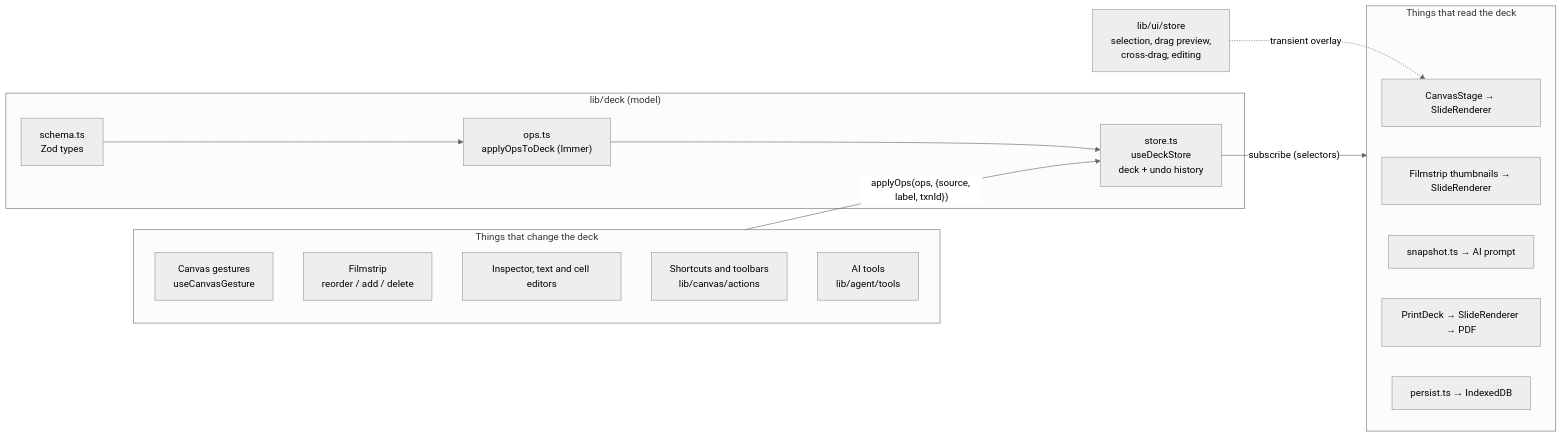
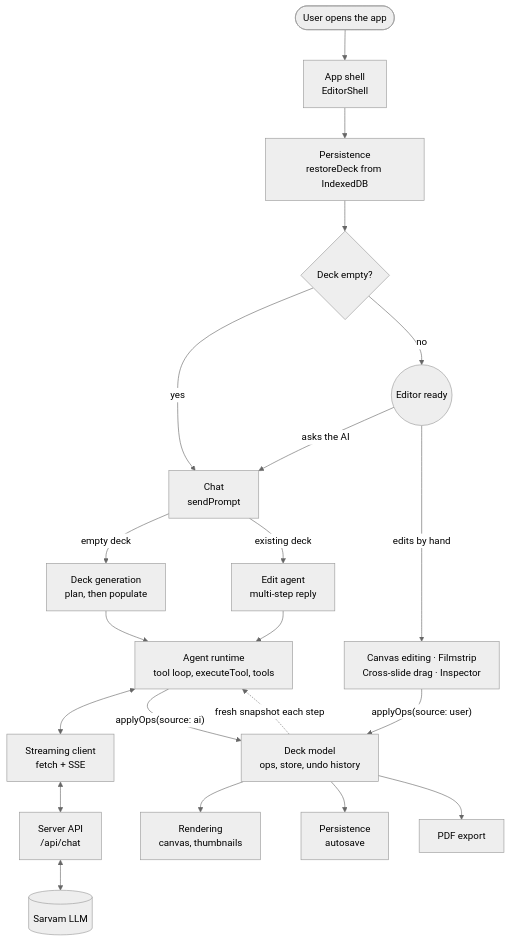
The first of 3 diagrams in docs/ARCHITECTURE.md (harishv98/ai-presentation-builder), drawn with Mermaid (neutral theme) before and after one commit. The commit also changed other lines of this file and 66 other files, not shown here.

Commit message:
feat: refactor simplified streaming flows

````diff
--- a/docs/ARCHITECTURE.md
+++ b/docs/ARCHITECTURE.md
@@ -136,28 +16,28 @@
 ```mermaid
-flowchart LR
-  subgraph Model["lib/deck (model)"]
-    Schema["schema.ts<br/>Zod types"] --> Ops["ops.ts<br/>applyOpsToDeck (Immer)"]
-    Ops --> Store["store.ts<br/>useDeckStore<br/>deck + undo history"]
-  end
+flowchart TD
+  Open([User opens the app]) --> Shell["App shell<br/>EditorShell"]
+  Shell --> Persist["Persistence<br/>restoreDeck from IndexedDB"]
+  Persist --> Empty{Deck empty?}
 
-  subgraph Writers["Things that change the deck"]
-    Canvas["Canvas gestures<br/>useCanvasGesture"]
-    Film["Filmstrip<br/>reorder / add / delete"]
-    Insp["Inspector, text and cell editors"]
-    Keys["Shortcuts and toolbars<br/>lib/canvas/actions"]
-    Agent["AI tools<br/>lib/agent/tools"]
-  end
+  Empty -- yes --> Chat["Chat<br/>sendPrompt"]
+  Empty -- no --> Editor((Editor ready))
+  Editor -- "asks the AI" --> Chat
+  Editor -- "edits by hand" --> Manual["Canvas editing · Filmstrip<br/>Cross-slide drag · Inspector"]
 
-  Writers -- "applyOps(ops, {source, label, txnId})" --> Store
+  Chat -- "empty deck" --> Gen["Deck generation<br/>plan, then populate"]
+  Chat -- "existing deck" --> EditAgent["Edit agent<br/>multi-step reply"]
 
-  Store -- "subscribe (selectors)" --> Readers
-  subgraph Readers["Things that read the deck"]
-    R1["CanvasStage → SlideRenderer"]
-    R2["Filmstrip thumbnails → SlideRenderer"]
-    R3["snapshot.ts → AI prompt"]
-    R4["PrintDeck → SlideRenderer → PDF"]
-    R5["persist.ts → IndexedDB"]
-  end
+  Gen --> Runtime["Agent runtime<br/>tool loop, executeTool, tools"]
+  EditAgent --> Runtime
+  Runtime <--> Stream["Streaming client<br/>fetch + SSE"]
+  Stream <--> API["Server API<br/>/api/chat"]
+  API <--> Sarvam[(Sarvam LLM)]
 
-  UI["lib/ui/store<br/>selection, drag preview,<br/>cross-drag, editing"] -. "transient overlay" .-> R1
+  Runtime -- "applyOps(source: ai)" --> Model["Deck model<br/>ops, store, undo history"]
+  Manual -- "applyOps(source: user)" --> Model
+
+  Model --> Render["Rendering<br/>canvas, thumbnails"]
+  Model --> Save["Persistence<br/>autosave"]
+  Model --> Export["PDF export"]
+  Model -. "fresh snapshot each step" .-> Runtime
 ```
````
